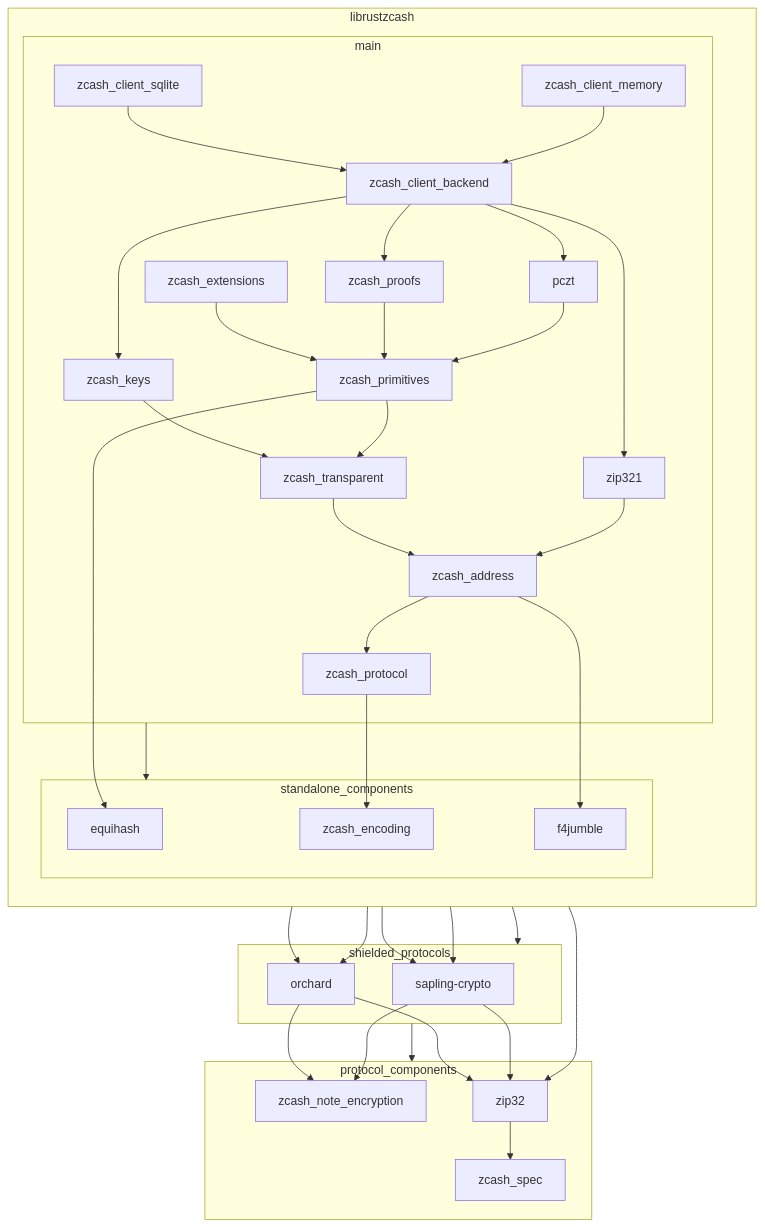
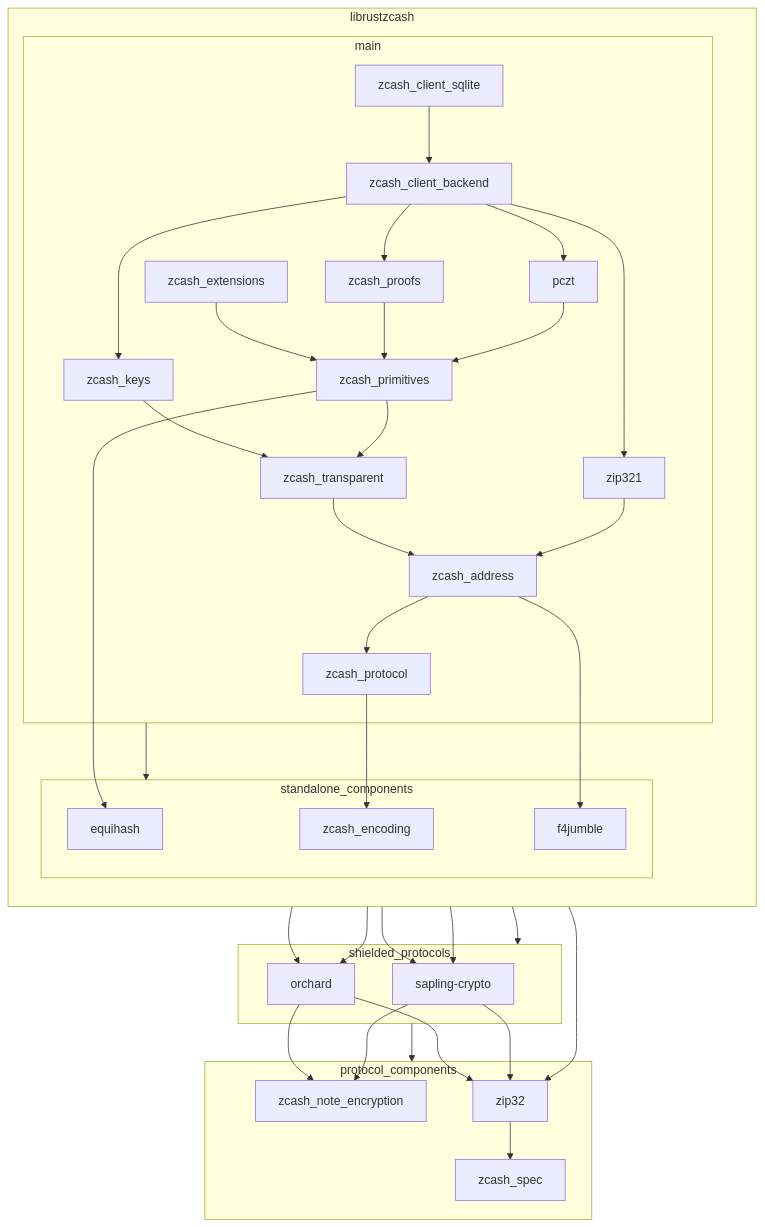
The diagram in README.md (zcash/librustzcash), drawn with Mermaid before and after one commit. The commit also changed 40 other files, not shown here.

First line of the commit message:
Remove zcash_client_memory from the workspace

```diff
--- a/README.md
+++ b/README.md
@@ -30,7 +30,6 @@
             zcash_protocol
             pczt
             zcash_client_backend
-            zcash_client_memory
             zcash_client_sqlite
             zcash_keys
             zip321
@@ -58,12 +57,10 @@
     %% they are deliberate edges) but commented out (to simplify the graph).
 
     zcash_client_sqlite --> zcash_client_backend
-    zcash_client_memory --> zcash_client_backend
 
     zcash_client_backend --> pczt
 
     %% zcash_client_sqlite --> zcash_keys
-    %% zcash_client_memory --> zcash_keys
     zcash_client_backend --> zcash_keys
 
     zcash_client_backend --> zcash_proofs
@@ -73,10 +70,8 @@
     pczt --> zcash_primitives
     %% zcash_client_backend --> zcash_primitives
     %% zcash_client_sqlite --> zcash_primitives
-    %% zcash_client_memory --> zcash_primitives
 
     %% zcash_client_sqlite --> zcash_transparent
-    %% zcash_client_memory --> zcash_transparent
     %% zcash_client_backend --> zcash_transparent
     %% pczt --> zcash_transparent
     zcash_keys --> zcash_transparent
@@ -88,13 +83,11 @@
     %% zcash_keys --> zcash_address
     %% zcash_client_backend --> zcash_address
     %% zcash_client_sqlite --> zcash_address
-    %% zcash_client_memory --> zcash_address
     zip321 --> zcash_address
 
     %% zcash_transparent --> zcash_protocol
     %% zcash_keys --> zcash_protocol
     %% zcash_client_sqlite --> zcash_protocol
-    %% zcash_client_memory --> zcash_protocol
     %% zcash_primitives --> zcash_protocol
     %% zcash_client_backend --> zcash_protocol
     %% pczt --> zcash_protocol
@@ -104,7 +97,6 @@
 
     %% zcash_client_sqlite --> zcash_encoding
     %% zcash_transparent --> zcash_encoding
-    %% zcash_client_memory --> zcash_encoding
     %% zcash_client_backend --> zcash_encoding
     %% zcash_keys --> zcash_encoding
     %% zcash_primitives --> zcash_encoding
@@ -119,10 +111,8 @@
     zcash_keys --> orchard
     zcash_primitives --> orchard
     %% zcash_client_sqlite --> orchard
-    %% zcash_client_memory --> orchard
 
     %% zcash_client_sqlite --> sapling-crypto
-    %% zcash_client_memory --> sapling-crypto
     %% zcash_client_backend --> sapling-crypto
     zcash_keys --> sapling-crypto
     %% zcash_proofs --> sapling-crypto
@@ -136,7 +126,6 @@
     %% zcash_client_backend --> zcash_note_encryption
 
     %% zcash_client_sqlite --> zip32
-    %% zcash_client_memory --> zip32
     %% zcash_client_backend --> zip32
     %% zcash_keys --> zip32
     orchard --> zip32
@@ -161,7 +150,6 @@
     click zcash_address "https://docs.rs/zcash_address/" _blank
     click zcash_encoding "https://docs.rs/zcash_encoding/" _blank
     click zcash_client_backend "https://docs.rs/zcash_client_backend/" _blank
-    click zcash_client_memory "https://docs.rs/zcash_client_memory/" _blank
     click zcash_client_sqlite "https://docs.rs/zcash_client_sqlite/" _blank
     click zcash_extensions "https://docs.rs/zcash_extensions/" _blank
     click zcash_keys "https://docs.rs/zcash_keys/" _blank
```
